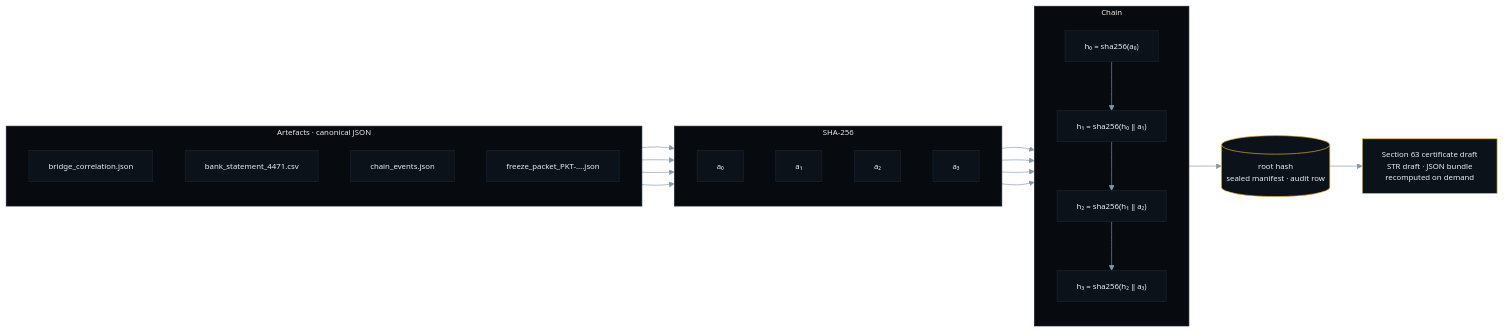
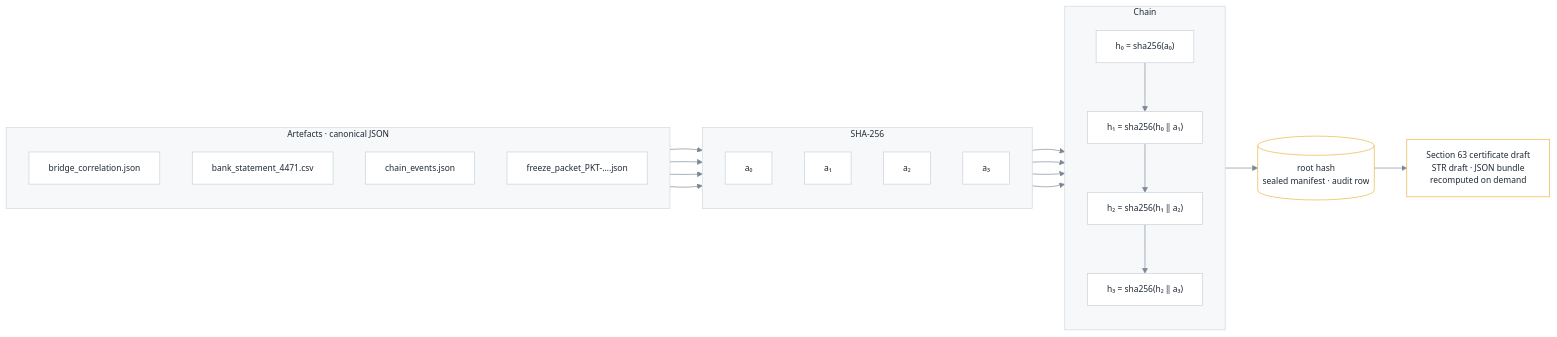
The second of 3 diagrams in README.md (uttampreet-dev/OFFRAMP), drawn with Mermaid before and after one commit. The commit also changed other lines of this file and 1 other file, not shown here.

Commit message:
README architecture section with project tree

````diff
--- a/README.md
+++ b/README.md
@@ -155,35 +155,35 @@
 ```mermaid
-%%{init: {"theme": "base", "themeVariables": {"fontFamily": "ui-monospace, Menlo, Consolas, monospace", "fontSize": "12px", "primaryColor": "#0c121a", "primaryTextColor": "#e9eff5", "primaryBorderColor": "#1b2431", "lineColor": "#8598aa", "secondaryColor": "#17120b", "tertiaryColor": "#0e141d", "clusterBkg": "#070a0f", "clusterBorder": "#1b2431", "edgeLabelBackground": "#070a0f"}}}%%
+%%{init: {"theme": "base", "themeVariables": {"fontFamily": "ui-monospace, Menlo, Consolas, monospace", "fontSize": "13px", "primaryColor": "#ffffff", "primaryTextColor": "#1f2933", "primaryBorderColor": "#c8d0da", "lineColor": "#7b8794", "secondaryColor": "#ffffff", "tertiaryColor": "#ffffff", "clusterBkg": "#f6f8fa", "clusterBorder": "#d0d7de", "titleColor": "#1f2933", "edgeLabelBackground": "#ffffff", "noteBkgColor": "#fff8e6", "noteBorderColor": "#e8b23a", "noteTextColor": "#1f2933"}}}%%
 flowchart LR
   subgraph art["Artefacts · canonical JSON"]
     direction TB
     A0["bridge_correlation.json"]
     A1["bank_statement_4471.csv"]
     A2["chain_events.json"]
     A3["freeze_packet_PKT-….json"]
   end
   subgraph hash["SHA-256"]
     direction TB
     H0["a₀"]
     H1["a₁"]
     H2["a₂"]
     H3["a₃"]
   end
   subgraph chain["Chain"]
     direction TB
     C0["h₀ = sha256(a₀)"]
     C1["h₁ = sha256(h₀ ‖ a₁)"]
     C2["h₂ = sha256(h₁ ‖ a₂)"]
     C3["h₃ = sha256(h₂ ‖ a₃)"]
   end
   R[("root hash<br/>sealed manifest · audit row")]
   D["Section 63 certificate draft<br/>STR draft · JSON bundle<br/>recomputed on demand"]
 
   A0 --> H0 --> C0 --> C1
   A1 --> H1 --> C1 --> C2
   A2 --> H2 --> C2 --> C3
   A3 --> H3 --> C3 --> R --> D
 
   style R stroke:#e8b23a
   style D stroke:#e8b23a
 ```
````
